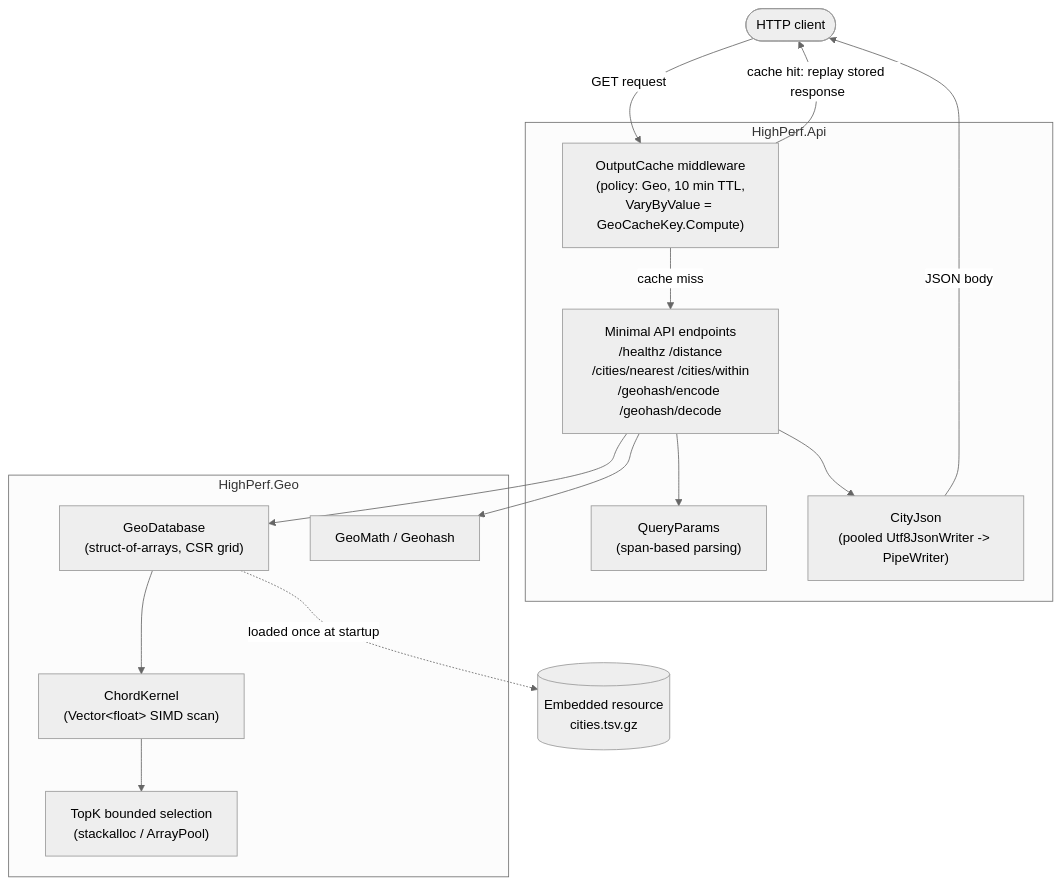
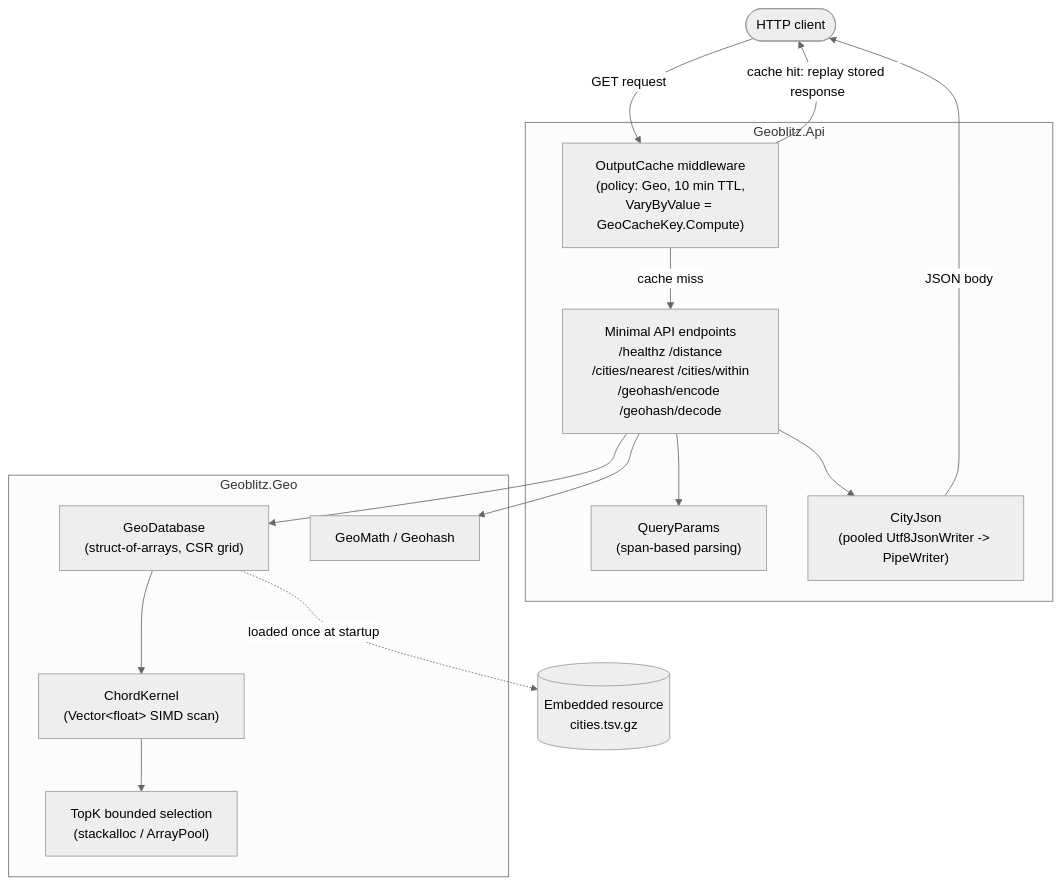
The second of 3 diagrams in docs/architecture.md (cmxl/Geoblitz), drawn with Mermaid (neutral theme) before and after one commit. The commit also changed other lines of this file and 119 other files, not shown here.

First line of the commit message:
chore: rename project HighPerf -> Geoblitz (solution, namespaces, web identity, brand, docs)

````diff
--- a/docs/architecture.md
+++ b/docs/architecture.md
@@ -61,29 +61,29 @@
 ```mermaid
 graph TD
     Client(["HTTP client"])
-    subgraph API["HighPerf.Api"]
+    subgraph API["Geoblitz.Api"]
         OC["OutputCache middleware<br/>(policy: Geo, 10 min TTL,<br/>VaryByValue = GeoCacheKey.Compute)"]
         EP["Minimal API endpoints<br/>/healthz /distance<br/>/cities/nearest /cities/within<br/>/geohash/encode /geohash/decode"]
         QP["QueryParams<br/>(span-based parsing)"]
         CJ["CityJson<br/>(pooled Utf8JsonWriter -> PipeWriter)"]
     end
-    subgraph GEO["HighPerf.Geo"]
+    subgraph GEO["Geoblitz.Geo"]
         GD["GeoDatabase<br/>(struct-of-arrays, CSR grid)"]
         CK["ChordKernel<br/>(Vector&lt;float&gt; SIMD scan)"]
         TK["TopK bounded selection<br/>(stackalloc / ArrayPool)"]
         GM["GeoMath / Geohash"]
     end
     Res[("Embedded resource<br/>cities.tsv.gz")]
 
     Client -->|GET request| OC
     OC -->|cache hit: replay stored response| Client
     OC -->|cache miss| EP
     EP --> QP
     EP --> GD
     EP --> GM
     GD --> CK
     CK --> TK
     EP --> CJ
     CJ -->|JSON body| Client
     GD -.loaded once at startup.-> Res
 ```
````
